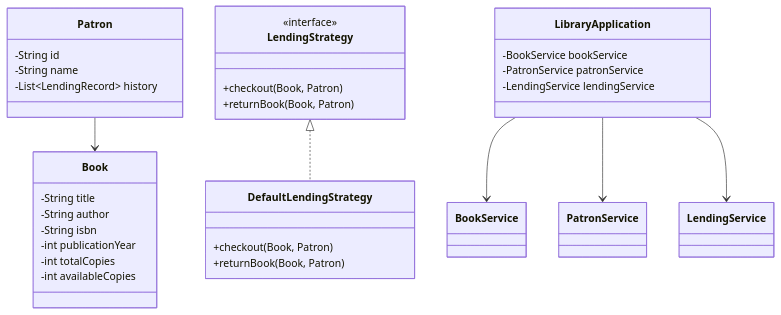
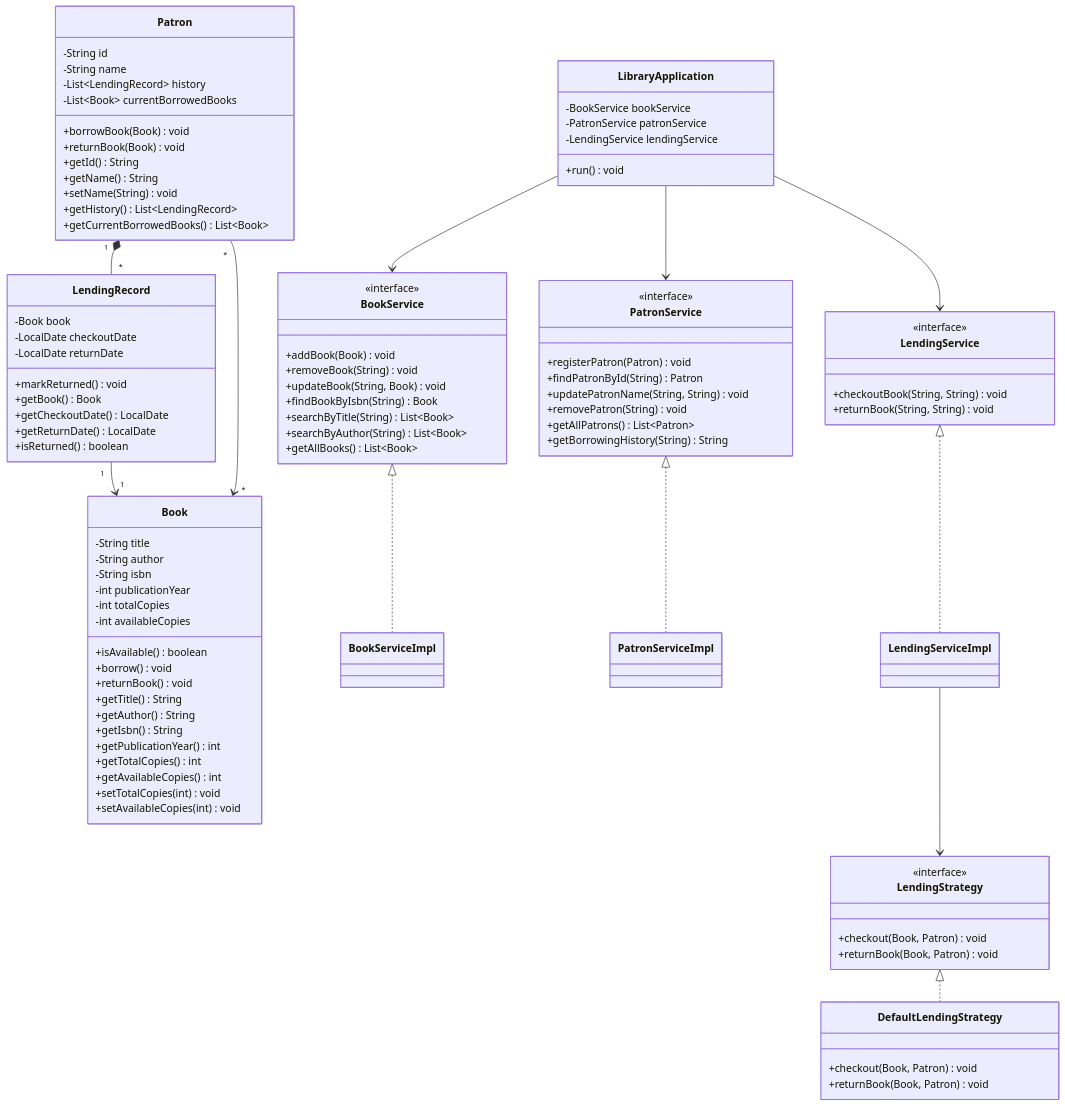
The diagram in README.md (akycdi/LMS-LLD), drawn with Mermaid before and after one commit. The commit also changed other lines of this file, not shown here.

````diff
--- a/README.md
+++ b/README.md
@@ -33,34 +33,102 @@
         -int publicationYear
         -int totalCopies
         -int availableCopies
+        +isAvailable() boolean
+        +borrow() void
+        +returnBook() void
+        +getTitle() String
+        +getAuthor() String
+        +getIsbn() String
+        +getPublicationYear() int
+        +getTotalCopies() int
+        +getAvailableCopies() int
+        +setTotalCopies(int) void
+        +setAvailableCopies(int) void
     }
-    
+
     class Patron {
         -String id
         -String name
         -List~LendingRecord~ history
+        -List~Book~ currentBorrowedBooks
+        +borrowBook(Book) void
+        +returnBook(Book) void
+        +getId() String
+        +getName() String
+        +setName(String) void
+        +getHistory() List~LendingRecord~
+        +getCurrentBorrowedBooks() List~Book~
     }
-    
+
+    class LendingRecord {
+        -Book book
+        -LocalDate checkoutDate
+        -LocalDate returnDate
+        +markReturned() void
+        +getBook() Book
+        +getCheckoutDate() LocalDate
+        +getReturnDate() LocalDate
+        +isReturned() boolean
+    }
+
     class LendingStrategy {
         <<interface>>
-        +checkout(Book, Patron)
-        +returnBook(Book, Patron)
+        +checkout(Book, Patron) void
+        +returnBook(Book, Patron) void
     }
-    
+
     class DefaultLendingStrategy {
-        +checkout(Book, Patron)
-        +returnBook(Book, Patron)
+        +checkout(Book, Patron) void
+        +returnBook(Book, Patron) void
     }
-    
+
+    class BookService {
+        <<interface>>
+        +addBook(Book) void
+        +removeBook(String) void
+        +updateBook(String, Book) void
+        +findBookByIsbn(String) Book
+        +searchByTitle(String) List~Book~
+        +searchByAuthor(String) List~Book~
+        +getAllBooks() List~Book~
+    }
+
+    class PatronService {
+        <<interface>>
+        +registerPatron(Patron) void
+        +findPatronById(String) Patron
+        +updatePatronName(String, String) void
+        +removePatron(String) void
+        +getAllPatrons() List~Patron~
+        +getBorrowingHistory(String) String
+    }
+
+    class LendingService {
+        <<interface>>
+        +checkoutBook(String, String) void
+        +returnBook(String, String) void
+    }
+
+    class BookServiceImpl
+    class PatronServiceImpl
+    class LendingServiceImpl
+
     class LibraryApplication {
         -BookService bookService
         -PatronService patronService
         -LendingService lendingService
+        +run() void
     }
-    
+
+    BookService <|.. BookServiceImpl
+    PatronService <|.. PatronServiceImpl
+    LendingService <|.. LendingServiceImpl
     LendingStrategy <|.. DefaultLendingStrategy
+    LendingServiceImpl --> LendingStrategy
     LibraryApplication --> BookService
     LibraryApplication --> PatronService
     LibraryApplication --> LendingService
-    Patron --> Book
+    Patron "1" *-- "*" LendingRecord
+    LendingRecord "1" --> "1" Book
+    Patron "*" --> "*" Book
 ```
````
